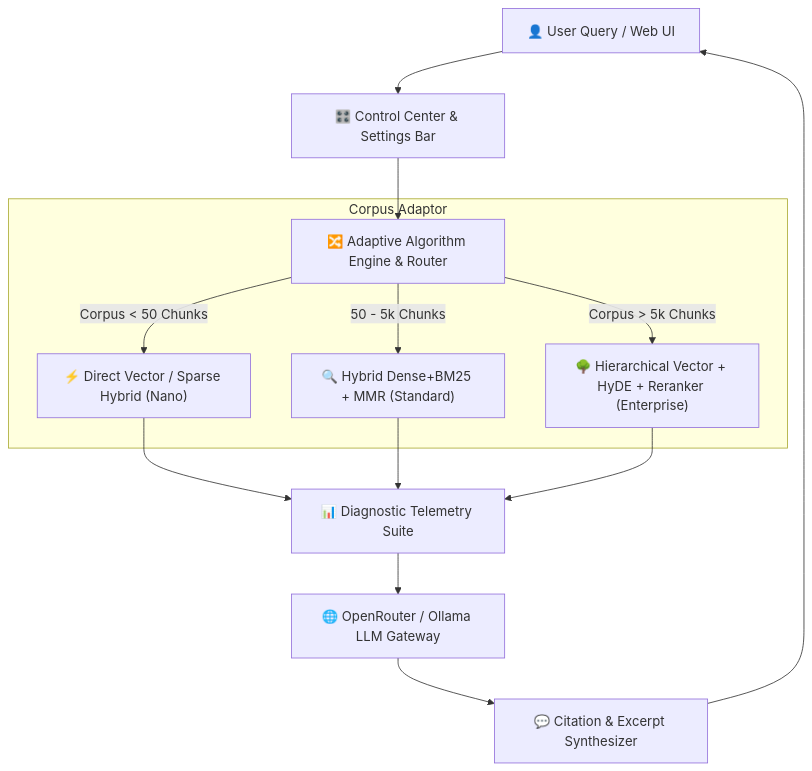
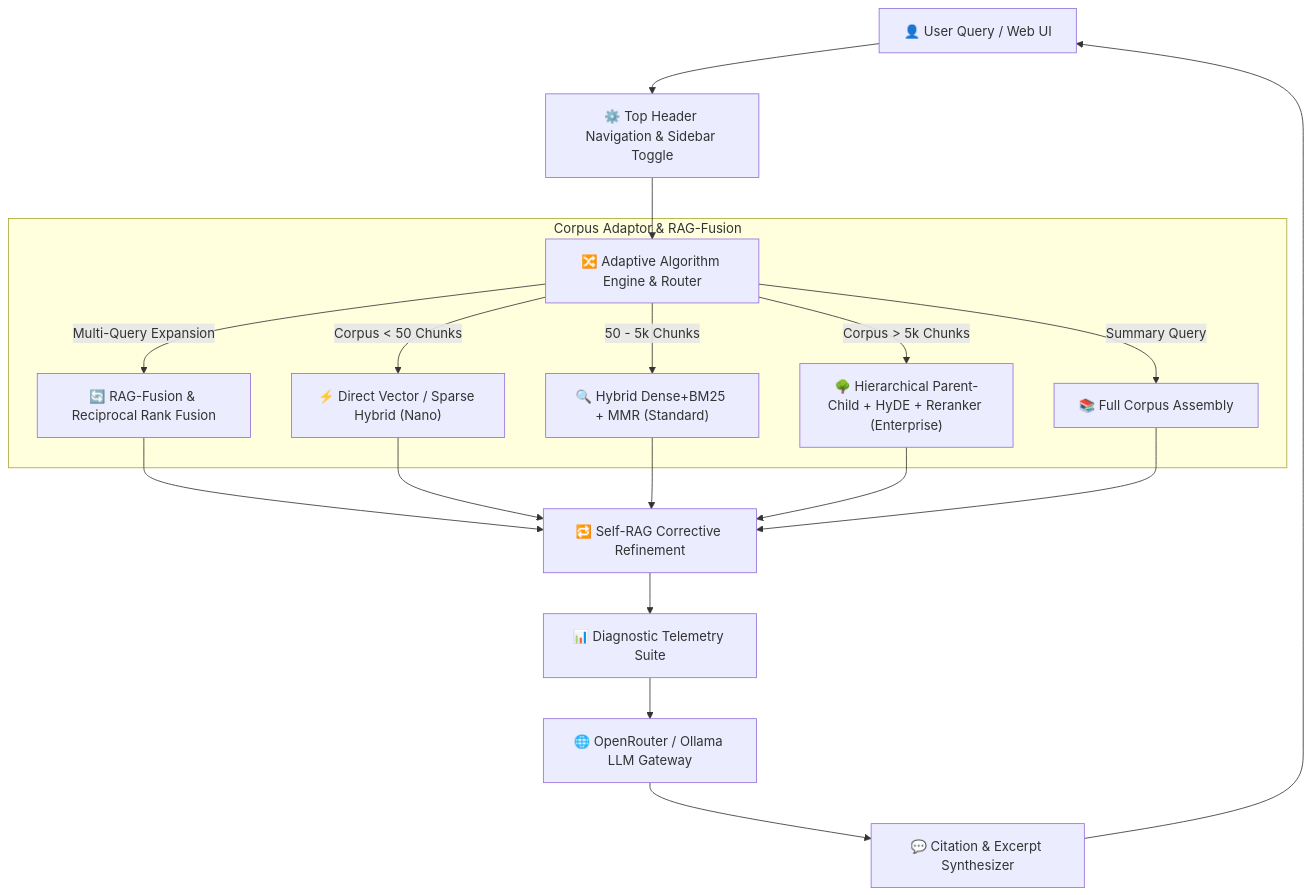
One commit to DarkWolfHunter007/Ultimate-RAG-System changed the diagram in README.md. Above: the diagram before and after it, drawn with Mermaid. The commit also changed other lines of this file and 5 other files, not shown here.

Commit message:
feat: ChatGPT-style UI layout, Word (.docx) support, RAG-Fusion, Self-RAG, and updated README

````diff
--- a/README.md
+++ b/README.md
@@ -25,16 +25,19 @@
 ```mermaid
 graph TD
-    User["👤 User Query / Web UI"] --> CC["🎛️ Control Center & Settings Bar"]
-    CC --> Router["🔀 Adaptive Algorithm Engine & Router"]
+    User["👤 User Query / Web UI"] --> HeaderNav["⚙️ Top Header Navigation & Sidebar Toggle"]
+    HeaderNav --> Router["🔀 Adaptive Algorithm Engine & Router"]
     
-    subgraph Corpus Adaptor
+    subgraph Corpus Adaptor & RAG-Fusion
+        Router -->|Multi-Query Expansion| RAGFusion["🔄 RAG-Fusion & Reciprocal Rank Fusion"]
         Router -->|Corpus < 50 Chunks| Direct["⚡ Direct Vector / Sparse Hybrid (Nano)"]
         Router -->|50 - 5k Chunks| MidTier["🔍 Hybrid Dense+BM25 + MMR (Standard)"]
-        Router -->|Corpus > 5k Chunks| DeepTier["🌳 Hierarchical Vector + HyDE + Reranker (Enterprise)"]
+        Router -->|Corpus > 5k Chunks| DeepTier["🌳 Hierarchical Parent-Child + HyDE + Reranker (Enterprise)"]
+        Router -->|Summary Query| FullCorpus["📚 Full Corpus Assembly"]
     end
     
-    Direct & MidTier & DeepTier --> DiagnosticEngine["📊 Diagnostic Telemetry Suite"]
+    RAGFusion & Direct & MidTier & DeepTier & FullCorpus --> SelfRAG["🔁 Self-RAG Corrective Refinement"]
+    SelfRAG --> DiagnosticEngine["📊 Diagnostic Telemetry Suite"]
     DiagnosticEngine --> OpenRouter["🌐 OpenRouter / Ollama LLM Gateway"]
     OpenRouter --> AnswerEngine["💬 Citation & Excerpt Synthesizer"]
     AnswerEngine --> User
 ```
````
